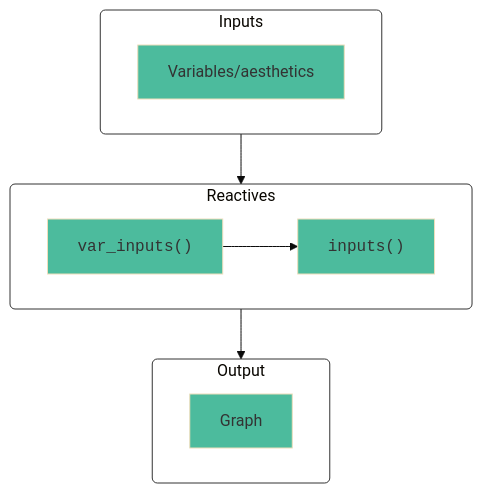
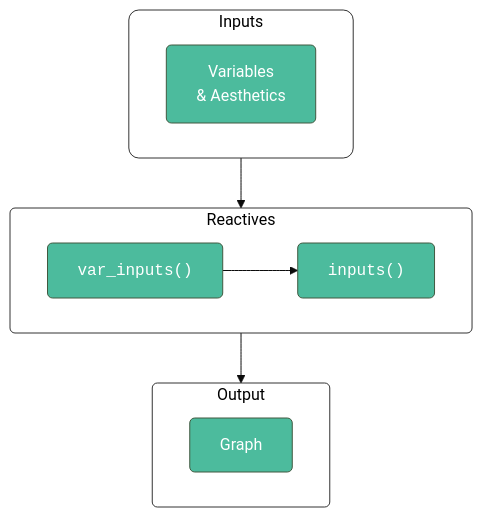
The first of 3 diagrams in debug.qmd (mjfrigaard/shiny-app-pkgs), drawn with Mermaid before and after one commit. The commit also changed other lines of this file and 23 other files, not shown here.

````diff
--- a/debug.qmd
+++ b/debug.qmd
@@ -277,30 +277,28 @@
 ```{mermaid}
-%%| label: basic_reactives
-%%| fig-width: 5
-%%| fig-height: 6
 %%| fig-align: center
-%%| fig-cap: '*Reactive flow in our application*'
-%%{init: {'theme': 'base', 'themeVariables': { 'fontFamily': 'Inconsolata'}}}%%
-flowchart TD
+%%| fig-cap: 'Debugging'
+%%{init: {'theme': 'base', 'themeVariables': { 'fontFamily': 'monospace', 'primaryColor': '#33a02c', 'edgeLabelBackground':'#02577A'}}}%%
+flowchart
     subgraph Inputs["Inputs"]
-        A1[Variables/aesthetics]
+        A1["Variables 
+		   & Aesthetics"]
     end
     subgraph React["Reactives"]
         R1["<code>var_inputs()</code>"]
         R2["<code>inputs()</code>"]
     end
     subgraph Output["Output"]
         O1[Graph]
     end
     Inputs --> React
     R1 --> R2
     React --> Output
 
-    style Inputs fill:#FFFFFF,stroke:#333,stroke-width:1px,rx:5,ry:5
-    style A1 fill:#4CBB9D
-    style React fill:#FFFFFF,stroke:#333,stroke-width:1px,rx:5,ry:5
-    style R1 fill:#4CBB9D
-    style R2 fill:#4CBB9D
-    style Output fill:#FFFFFF,stroke:#333,stroke-width:1px,rx:5,ry:5
-    style O1 fill:#4CBB9D
+    style Inputs fill:#FFFFFF,color:#000000,stroke:#333,stroke-width:1px,rx:10,ry:10
+    style A1 fill:#4CBB9D,color:#FFFFFF,rx:5,ry:5
+    style React fill:#FFFFFF,color:#000000,stroke:#333,stroke-width:1px,rx:5,ry:5
+    style R1 fill:#4CBB9D,color:#FFFFFF,rx:5,ry:5
+    style R2 fill:#4CBB9D,color:#FFFFFF,rx:5,ry:5
+    style Output fill:#FFFFFF,color:#000000,stroke:#333,stroke-width:1px,rx:5,ry:5
+    style O1 fill:#4CBB9D,color:#FFFFFF,rx:5,ry:5
 ```
````
